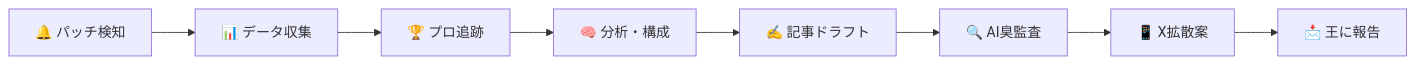
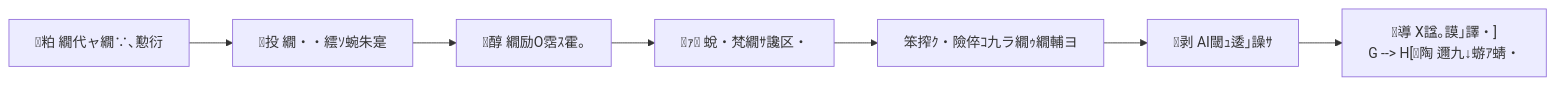
One commit to Kazu999-3/my_work changed the diagram in .agent/agents/Strategist.md. Above: the diagram before and after it, drawn with Mermaid. The commit also changed other lines of this file and 872 other files, not shown here.

Commit message:
refactor: restructure folders to Sovereign Architecture

````diff
--- a/.agent/agents/Strategist.md
+++ b/.agent/agents/Strategist.md
@@ -35,10 +23,10 @@
 ```mermaid
 graph LR
-    A["🔔 パッチ検知"] --> B["📊 データ収集"]
-    B --> C["🏆 プロ追跡"]
-    C --> D["🧠 分析・構成"]
-    D --> E["✍️ 記事ドラフト"]
-    E --> F["🔍 AI臭監査"]
-    F --> G["📱 X拡散案"]
-    G --> H["📩 王に報告"]
+    A["粕 繝代ャ繝∵､懃衍"] --> B["投 繝・・繧ｿ蜿朱寔"]
+    B --> C["醇 繝励Ο霑ｽ霍｡"]
+    C --> D["ｧ 蛻・梵繝ｻ讒区・"]
+    D --> E["笨搾ｸ・險倅ｺ九ラ繝ｩ繝輔ヨ"]
+    E --> F["剥 AI閾ｭ逶｣譟ｻ"]
+    F --> G["導 X諡｡謨｣譯・]
+    G --> H["陶 邇九↓蝣ｱ蜻・]
 ```
````
